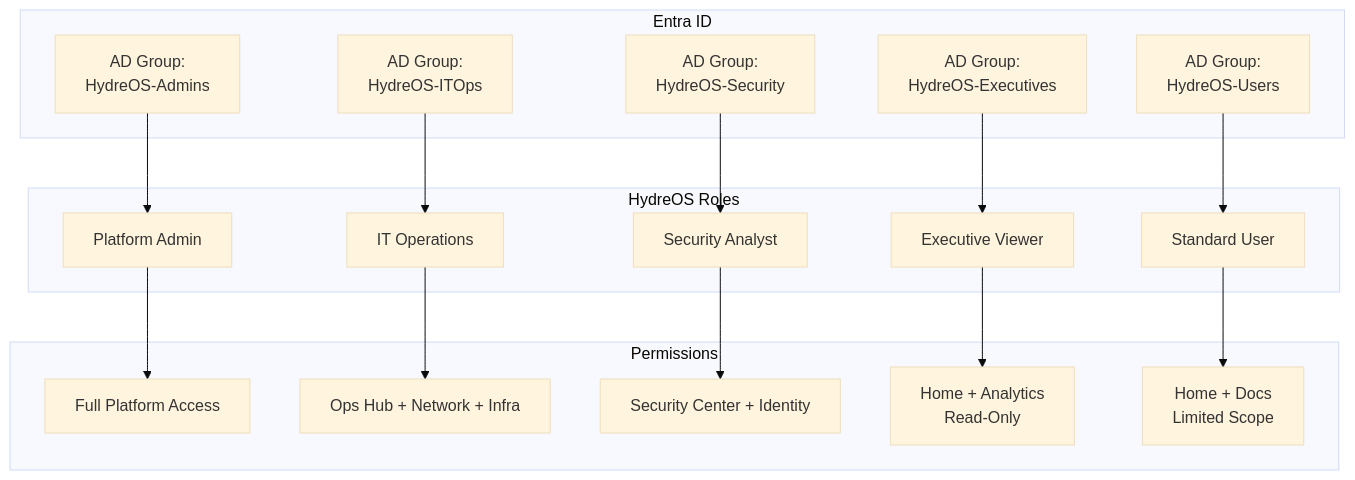
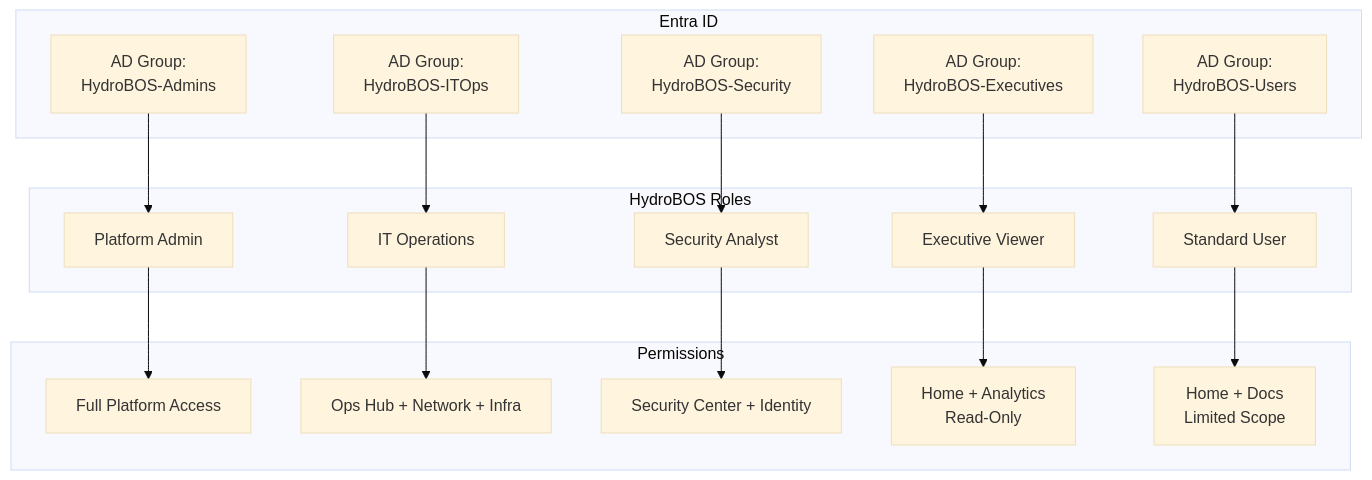
One commit to jrobinson-utahmmc/hydrobos changed the third of 8 diagrams in docs/05-security-model.md. Above: the diagram before and after it, drawn with Mermaid (base theme). The commit also changed other lines of this file and 11 other files, not shown here.

````diff
--- a/docs/05-security-model.md
+++ b/docs/05-security-model.md
@@ -85,32 +85,32 @@
 ```mermaid
 graph TB
     subgraph "Entra ID"
-        G1[AD Group:<br/>HydreOS-Admins]
-        G2[AD Group:<br/>HydreOS-ITOps]
-        G3[AD Group:<br/>HydreOS-Security]
-        G4[AD Group:<br/>HydreOS-Executives]
-        G5[AD Group:<br/>HydreOS-Users]
+        G1[AD Group:<br/>HydroBOS-Admins]
+        G2[AD Group:<br/>HydroBOS-ITOps]
+        G3[AD Group:<br/>HydroBOS-Security]
+        G4[AD Group:<br/>HydroBOS-Executives]
+        G5[AD Group:<br/>HydroBOS-Users]
     end
 
-    subgraph "HydreOS Roles"
+    subgraph "HydroBOS Roles"
         R1[Platform Admin]
         R2[IT Operations]
         R3[Security Analyst]
         R4[Executive Viewer]
         R5[Standard User]
     end
 
     subgraph "Permissions"
         P1[Full Platform Access]
         P2[Ops Hub + Network + Infra]
         P3[Security Center + Identity]
         P4[Home + Analytics<br/>Read-Only]
         P5[Home + Docs<br/>Limited Scope]
     end
 
     G1 --> R1 --> P1
     G2 --> R2 --> P2
     G3 --> R3 --> P3
     G4 --> R4 --> P4
     G5 --> R5 --> P5
 ```
````
